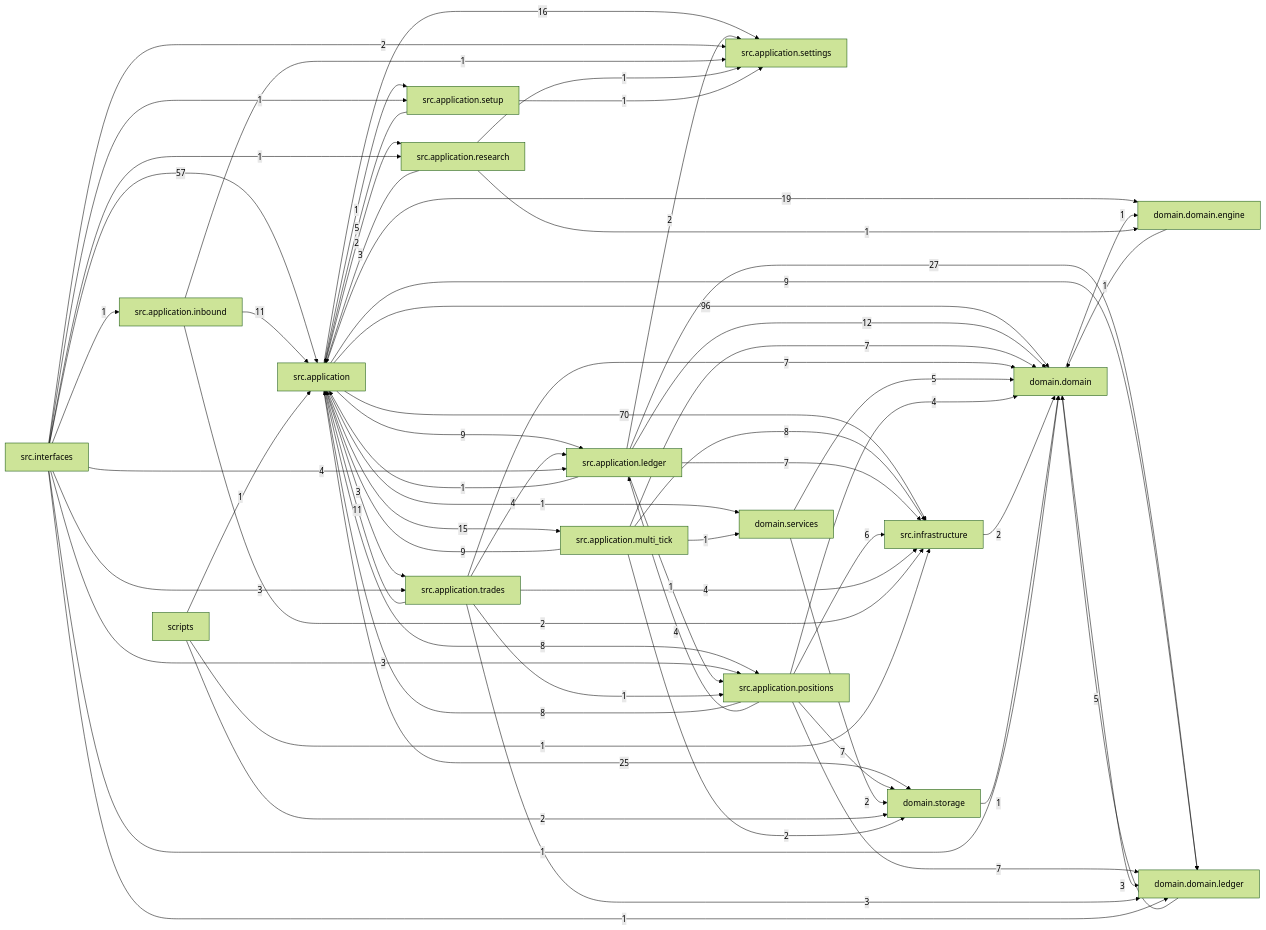
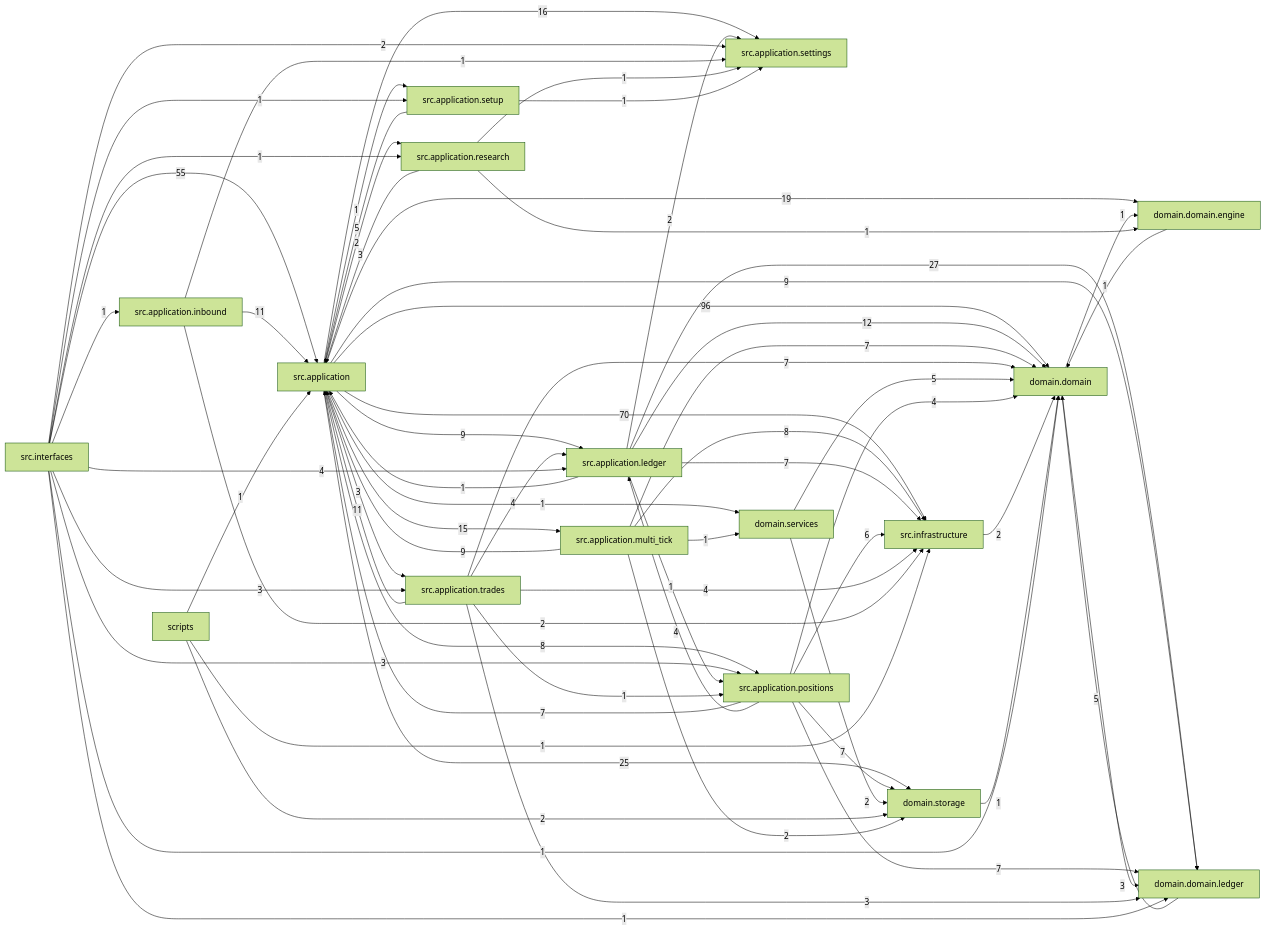
Before and after one commit to liuxie066/options-monitor: the diagram in docs/dependency_graph.mmd, drawn with Mermaid (forest theme). The commit also changed 57 other files, not shown here.

```diff
--- a/docs/dependency_graph.mmd
+++ b/docs/dependency_graph.mmd
@@ -1,66 +1,66 @@
 flowchart LR
   src_application["src.application"] -->|96| domain_domain["domain.domain"]
   src_application["src.application"] -->|70| src_infrastructure["src.infrastructure"]
-  src_interfaces["src.interfaces"] -->|57| src_application["src.application"]
+  src_interfaces["src.interfaces"] -->|55| src_application["src.application"]
   src_application_ledger["src.application.ledger"] -->|27| domain_domain_ledger["domain.domain.ledger"]
   src_application["src.application"] -->|25| domain_storage["domain.storage"]
   src_application["src.application"] -->|19| domain_domain_engine["domain.domain.engine"]
   src_application["src.application"] -->|16| src_application_settings["src.application.settings"]
   src_application["src.application"] -->|15| src_application_multi_tick["src.application.multi_tick"]
   src_application_ledger["src.application.ledger"] -->|12| domain_domain["domain.domain"]
   src_application_inbound["src.application.inbound"] -->|11| src_application["src.application"]
   src_application_trades["src.application.trades"] -->|11| src_application["src.application"]
   src_application["src.application"] -->|9| domain_domain_ledger["domain.domain.ledger"]
   src_application["src.application"] -->|9| src_application_ledger["src.application.ledger"]
   src_application_multi_tick["src.application.multi_tick"] -->|9| src_application["src.application"]
   src_application["src.application"] -->|8| src_application_positions["src.application.positions"]
   src_application_multi_tick["src.application.multi_tick"] -->|8| src_infrastructure["src.infrastructure"]
-  src_application_positions["src.application.positions"] -->|8| src_application["src.application"]
   src_application_ledger["src.application.ledger"] -->|7| src_infrastructure["src.infrastructure"]
   src_application_multi_tick["src.application.multi_tick"] -->|7| domain_domain["domain.domain"]
   src_application_positions["src.application.positions"] -->|7| domain_domain_ledger["domain.domain.ledger"]
   src_application_positions["src.application.positions"] -->|7| domain_storage["domain.storage"]
+  src_application_positions["src.application.positions"] -->|7| src_application["src.application"]
   src_application_trades["src.application.trades"] -->|7| domain_domain["domain.domain"]
   src_application_positions["src.application.positions"] -->|6| src_infrastructure["src.infrastructure"]
   domain_domain_ledger["domain.domain.ledger"] -->|5| domain_domain["domain.domain"]
   domain_services["domain.services"] -->|5| domain_domain["domain.domain"]
   src_application_setup["src.application.setup"] -->|5| src_application["src.application"]
   src_application_positions["src.application.positions"] -->|4| domain_domain["domain.domain"]
   src_application_positions["src.application.positions"] -->|4| src_application_ledger["src.application.ledger"]
   src_application_trades["src.application.trades"] -->|4| src_application_ledger["src.application.ledger"]
   src_application_trades["src.application.trades"] -->|4| src_infrastructure["src.infrastructure"]
   src_interfaces["src.interfaces"] -->|4| src_application_ledger["src.application.ledger"]
   domain_domain["domain.domain"] -->|3| domain_domain_ledger["domain.domain.ledger"]
   src_application["src.application"] -->|3| src_application_trades["src.application.trades"]
   src_application_research["src.application.research"] -->|3| src_application["src.application"]
   src_application_trades["src.application.trades"] -->|3| domain_domain_ledger["domain.domain.ledger"]
   src_interfaces["src.interfaces"] -->|3| src_application_positions["src.application.positions"]
   src_interfaces["src.interfaces"] -->|3| src_application_trades["src.application.trades"]
   domain_services["domain.services"] -->|2| domain_storage["domain.storage"]
   scripts["scripts"] -->|2| domain_storage["domain.storage"]
   src_application["src.application"] -->|2| src_application_research["src.application.research"]
   src_application_inbound["src.application.inbound"] -->|2| src_infrastructure["src.infrastructure"]
   src_application_ledger["src.application.ledger"] -->|2| src_application_settings["src.application.settings"]
   src_application_multi_tick["src.application.multi_tick"] -->|2| domain_storage["domain.storage"]
   src_infrastructure["src.infrastructure"] -->|2| domain_domain["domain.domain"]
   src_interfaces["src.interfaces"] -->|2| src_application_settings["src.application.settings"]
   domain_domain["domain.domain"] -->|1| domain_domain_engine["domain.domain.engine"]
   domain_domain_engine["domain.domain.engine"] -->|1| domain_domain["domain.domain"]
   domain_storage["domain.storage"] -->|1| domain_domain["domain.domain"]
   scripts["scripts"] -->|1| src_application["src.application"]
   scripts["scripts"] -->|1| src_infrastructure["src.infrastructure"]
   src_application["src.application"] -->|1| domain_services["domain.services"]
   src_application["src.application"] -->|1| src_application_setup["src.application.setup"]
   src_application_inbound["src.application.inbound"] -->|1| src_application_settings["src.application.settings"]
   src_application_ledger["src.application.ledger"] -->|1| src_application["src.application"]
   src_application_ledger["src.application.ledger"] -->|1| src_application_positions["src.application.positions"]
   src_application_multi_tick["src.application.multi_tick"] -->|1| domain_services["domain.services"]
   src_application_research["src.application.research"] -->|1| domain_domain_engine["domain.domain.engine"]
   src_application_research["src.application.research"] -->|1| src_application_settings["src.application.settings"]
   src_application_setup["src.application.setup"] -->|1| src_application_settings["src.application.settings"]
   src_application_trades["src.application.trades"] -->|1| src_application_positions["src.application.positions"]
   src_interfaces["src.interfaces"] -->|1| domain_domain["domain.domain"]
   src_interfaces["src.interfaces"] -->|1| domain_domain_ledger["domain.domain.ledger"]
   src_interfaces["src.interfaces"] -->|1| src_application_inbound["src.application.inbound"]
   src_interfaces["src.interfaces"] -->|1| src_application_research["src.application.research"]
   src_interfaces["src.interfaces"] -->|1| src_application_setup["src.application.setup"]
```
